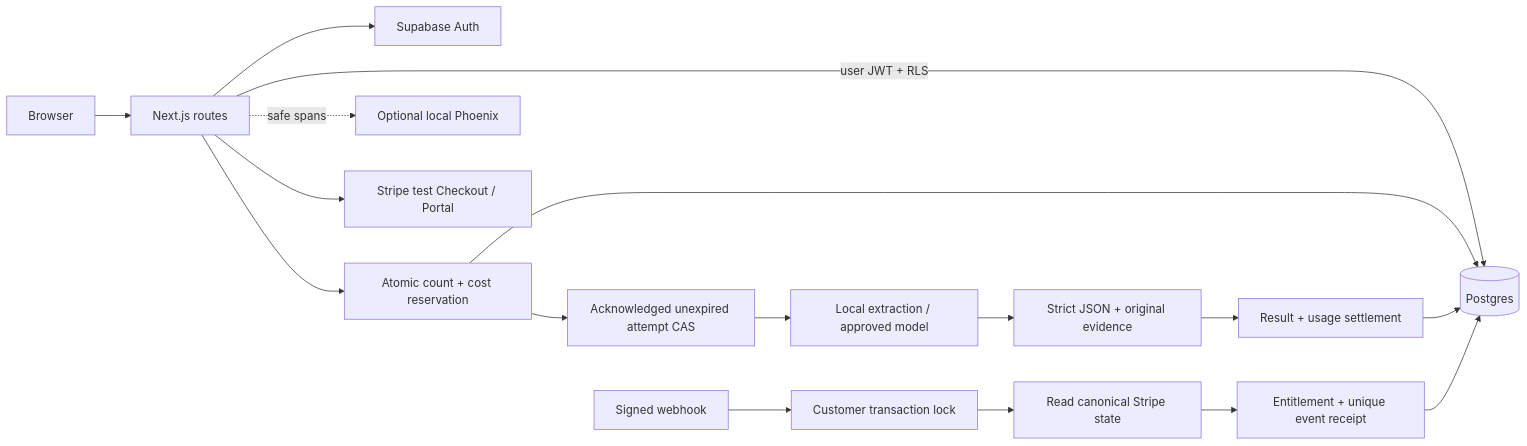
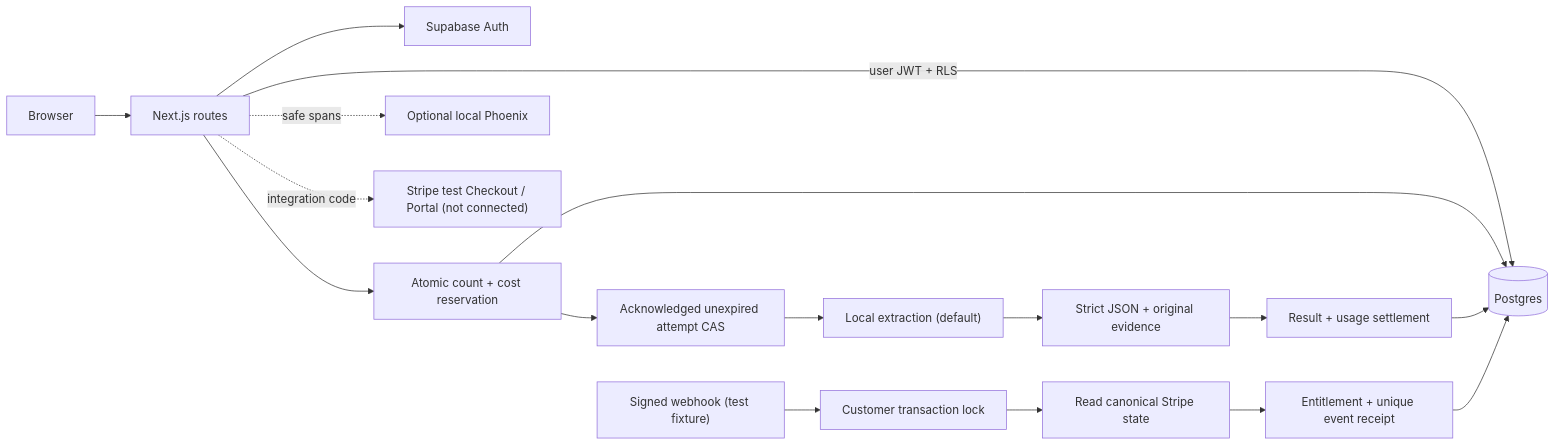
One commit to IgorFedchenko/signal-notes-ai-saas changed the diagram in README.md. Above: the diagram before and after it, drawn with Mermaid. The commit also changed other lines of this file and 8 other files, not shown here.

First line of the commit message:
Clarify local case scope and architecture documentation [skip ci]

````diff
--- a/README.md
+++ b/README.md
@@ -58,19 +59,19 @@
 ```mermaid
 flowchart LR
-    Browser --> Next[Next.js routes]
-    Next --> Auth[Supabase Auth]
+    Browser --> Next["Next.js routes"]
+    Next --> Auth["Supabase Auth"]
     Next -->|user JWT + RLS| DB[(Postgres)]
-    Next --> Reserve[Atomic count + cost reservation]
+    Next --> Reserve["Atomic count + cost reservation"]
     Reserve --> DB
-    Reserve --> Permit[Acknowledged unexpired attempt CAS]
-    Permit --> Model[Local extraction / approved model]
-    Model --> Validate[Strict JSON + original evidence]
-    Validate --> Persist[Result + usage settlement]
+    Reserve --> Permit["Acknowledged unexpired attempt CAS"]
+    Permit --> Model["Local extraction (default)"]
+    Model --> Validate["Strict JSON + original evidence"]
+    Validate --> Persist["Result + usage settlement"]
     Persist --> DB
-    Next -. safe spans .-> Phoenix[Optional local Phoenix]
-    Next --> Checkout[Stripe test Checkout / Portal]
-    Stripe[Signed webhook] --> Lock[Customer transaction lock]
-    Lock --> Current[Read canonical Stripe state]
-    Current --> Commit[Entitlement + unique event receipt]
+    Next -. safe spans .-> Phoenix["Optional local Phoenix"]
+    Next -. integration code .-> Checkout["Stripe test Checkout / Portal (not connected)"]
+    Stripe["Signed webhook (test fixture)"] --> Lock["Customer transaction lock"]
+    Lock --> Current["Read canonical Stripe state"]
+    Current --> Commit["Entitlement + unique event receipt"]
     Commit --> DB
 ```
````
